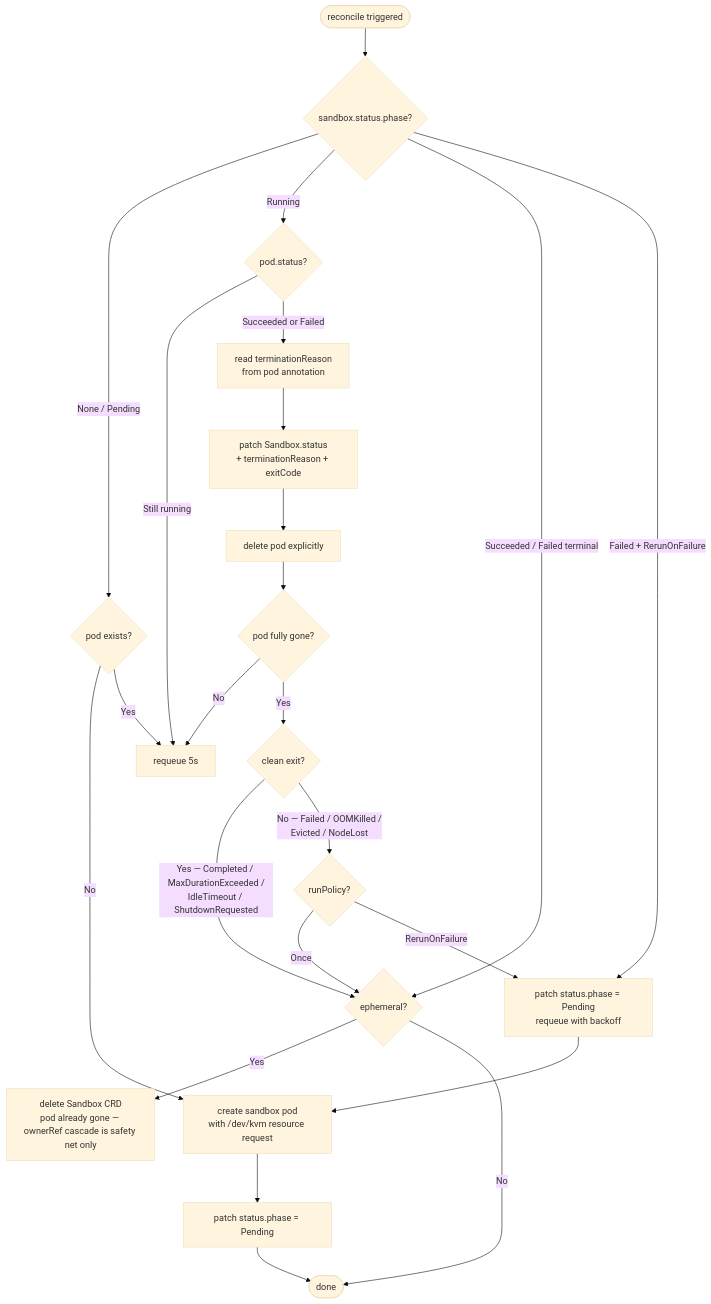
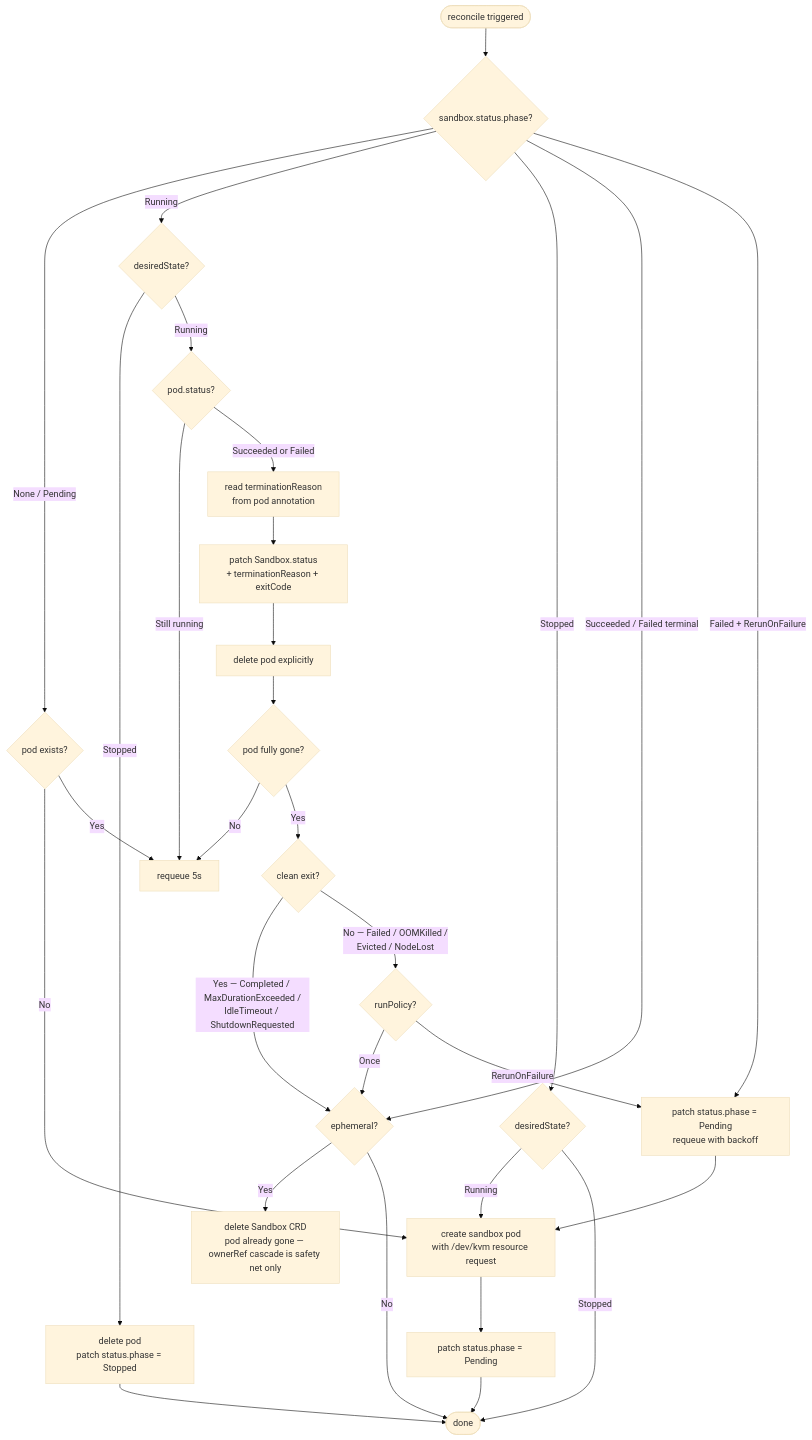
Before and after one commit to TheRealSibasishBehera/msb-operator: the fifth of 14 diagrams in docs/operator-design.md, drawn with Mermaid (base theme). The commit also changed other lines of this file, not shown here.

First line of the commit message:
docs: declarative start/stop via spec.desiredState

````diff
--- a/docs/operator-design.md
+++ b/docs/operator-design.md
@@ -282,32 +282,39 @@
 ```mermaid
 flowchart TD
     A([reconcile triggered]) --> B{sandbox.status.phase?}
 
     B -->|None / Pending| C{pod exists?}
     C -->|No| D[create sandbox pod<br/>with /dev/kvm resource request]
     D --> E[patch status.phase = Pending]
     E --> K([done])
     C -->|Yes| R[requeue 5s]
 
-    B -->|Running| F{pod.status?}
+    B -->|Running| S{desiredState?}
+    S -->|Stopped| SD[delete pod<br/>patch status.phase = Stopped]
+    SD --> K
+    S -->|Running| F{pod.status?}
     F -->|Still running| R
     F -->|Succeeded or Failed| G[read terminationReason<br/>from pod annotation]
     G --> G2[patch Sandbox.status<br/>+ terminationReason + exitCode]
     G2 --> G3[delete pod explicitly]
     G3 --> G4{pod fully gone?}
     G4 -->|No| R
     G4 -->|Yes| I{clean exit?}
 
     I -->|Yes — Completed / MaxDurationExceeded /<br/>IdleTimeout / ShutdownRequested| L{ephemeral?}
     I -->|No — Failed / OOMKilled /<br/>Evicted / NodeLost| P{runPolicy?}
 
     P -->|Once| L
     P -->|RerunOnFailure| RETRY[patch status.phase = Pending<br/>requeue with backoff]
     RETRY --> D
 
     L -->|Yes| J[delete Sandbox CRD<br/>pod already gone — ownerRef cascade is safety net only]
     L -->|No| K
 
+    B -->|Stopped| SS{desiredState?}
+    SS -->|Running| D
+    SS -->|Stopped| K
+
     B -->|Succeeded / Failed terminal| L
     B -->|Failed + RerunOnFailure| RETRY
 ```
````
